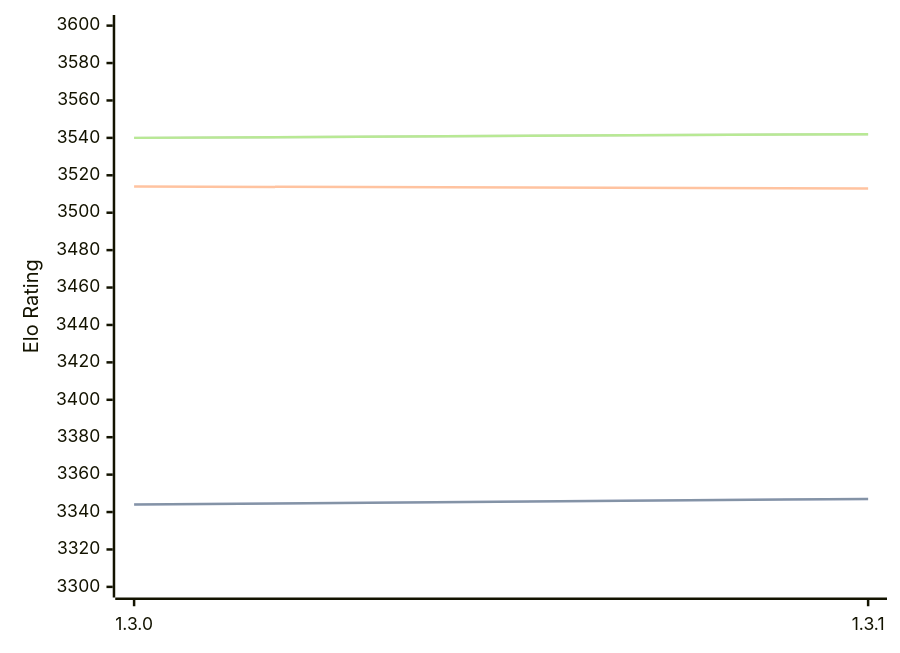
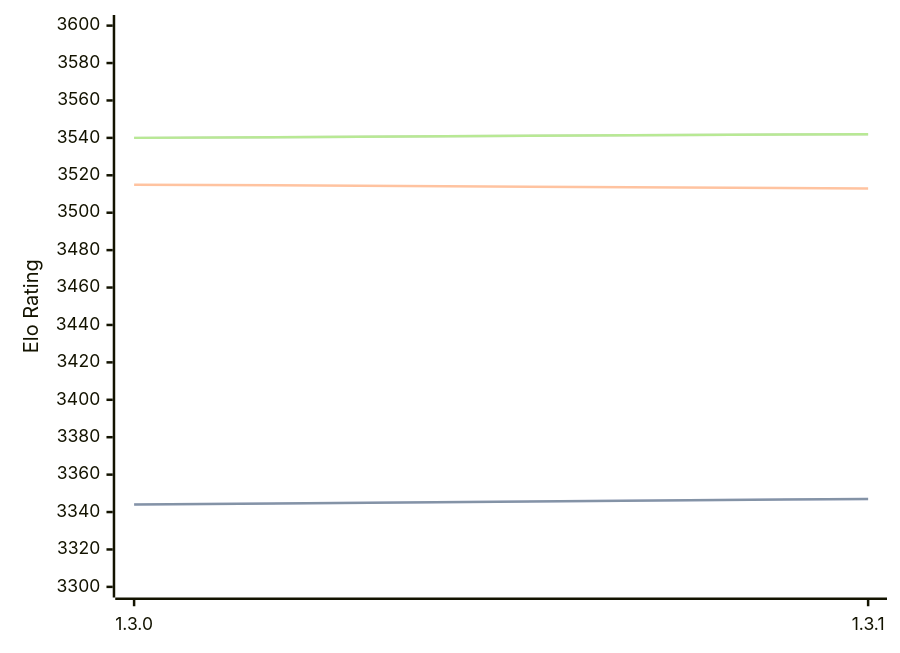
The diagram in engines/Renegade.md (computer-chess-index/cci), drawn with Mermaid before and after one commit. The commit also changed other lines of this file, not shown here.

````diff
--- a/engines/Renegade.md
+++ b/engines/Renegade.md
@@ -33,11 +33,11 @@
 ```mermaid
 %%{init: {"theme":"base","themeVariables":{"seriesColors:['#a3a3a3','#222221','#faa371']}}}%%
 xychart-beta
   x-axis ["1.3.0", "1.3.1"]
   y-axis "Elo Rating" 3300 --> 3600
   line "" [3344, 3347]
   line "STC (8.0+0.08s)" [3344, 3347]
-  line "LTC (60.0+0.60s)" [3514, 3513]
+  line "LTC (60.0+0.60s)" [3515, 3513]
   line "" [3540, 3542]
   line "VLTC (2m24s+1.12s)" [3540, 3542]
 ```
````
